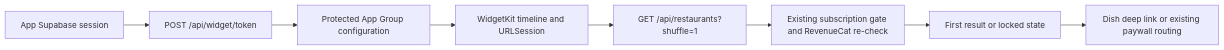
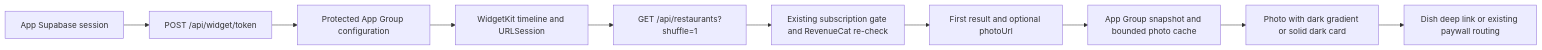
One commit to dgmolla/fitsy changed the diagram in apps/mobile/plugins/widget/README.md. Above: the diagram before and after it, drawn with Mermaid. The commit also changed other lines of this file and 10 other files, not shown here.

Commit message:
Widget: restaurant photo card with dish name and macros

````diff
--- a/apps/mobile/plugins/widget/README.md
+++ b/apps/mobile/plugins/widget/README.md
@@ -11,10 +15,12 @@
 ```mermaid
 flowchart LR
   A[App Supabase session] --> B[POST /api/widget/token]
   B --> C[Protected App Group configuration]
   C --> D[WidgetKit timeline and URLSession]
   D --> E[GET /api/restaurants?shuffle=1]
   E --> F[Existing subscription gate and RevenueCat re-check]
-  F --> G[First result or locked state]
-  G --> H[Dish deep link or existing paywall routing]
+  F --> G[First result and optional photoUrl]
+  G --> H[App Group snapshot and bounded photo cache]
+  H --> I[Photo with dark gradient or solid dark card]
+  I --> J[Dish deep link or existing paywall routing]
 ```
````
